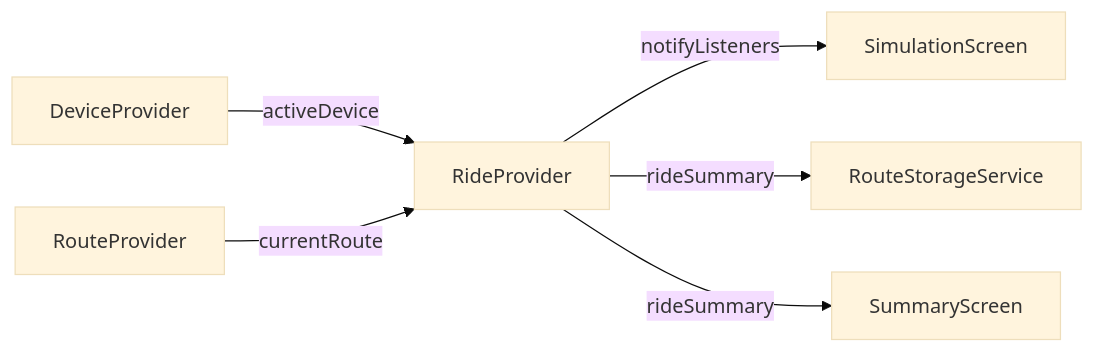
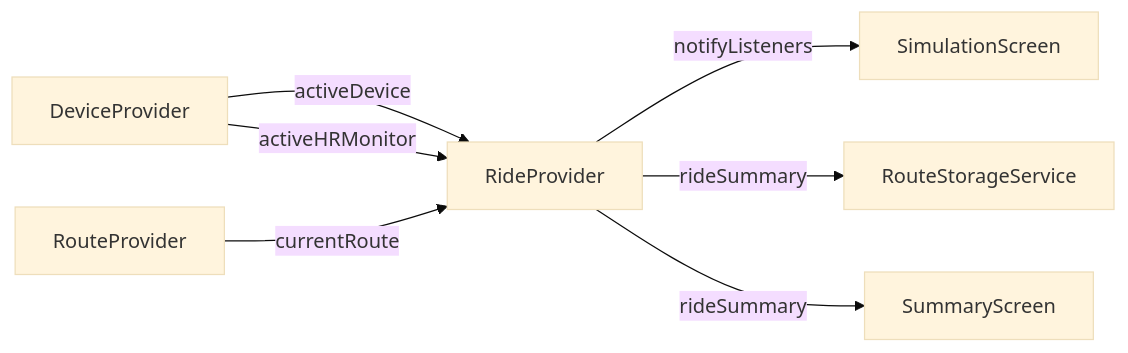
Before and after one commit to jackxuhong/free_ride: the seventh of 7 diagrams in docs/state-management.md, drawn with Mermaid (base theme). The commit also changed other lines of this file and 20 other files, not shown here.

````diff
--- a/docs/state-management.md
+++ b/docs/state-management.md
@@ -268,8 +276,9 @@
 ```mermaid
 graph LR
     DP[DeviceProvider] -->|activeDevice| RIP[RideProvider]
+    DP -->|activeHRMonitor| RIP
     RP[RouteProvider] -->|currentRoute| RIP
     RIP -->|notifyListeners| SS[SimulationScreen]
     RIP -->|rideSummary| RSS[RouteStorageService]
     RIP -->|rideSummary| SU[SummaryScreen]
 ```
````
